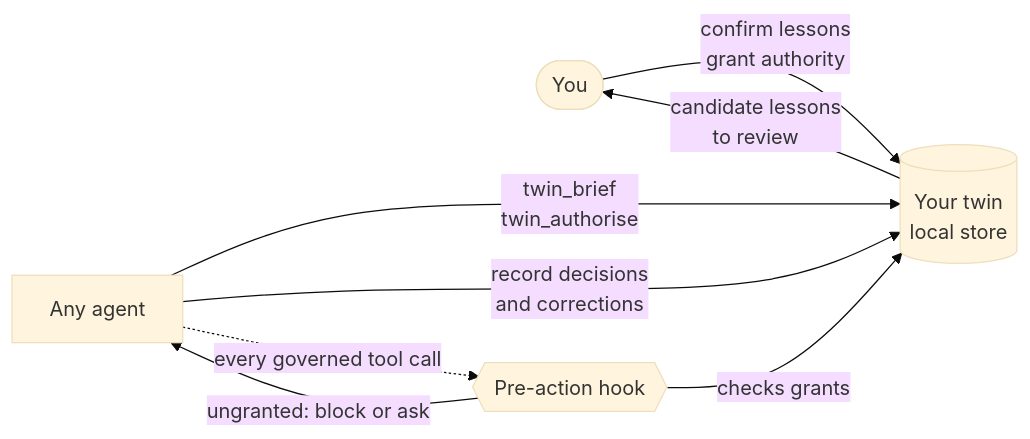
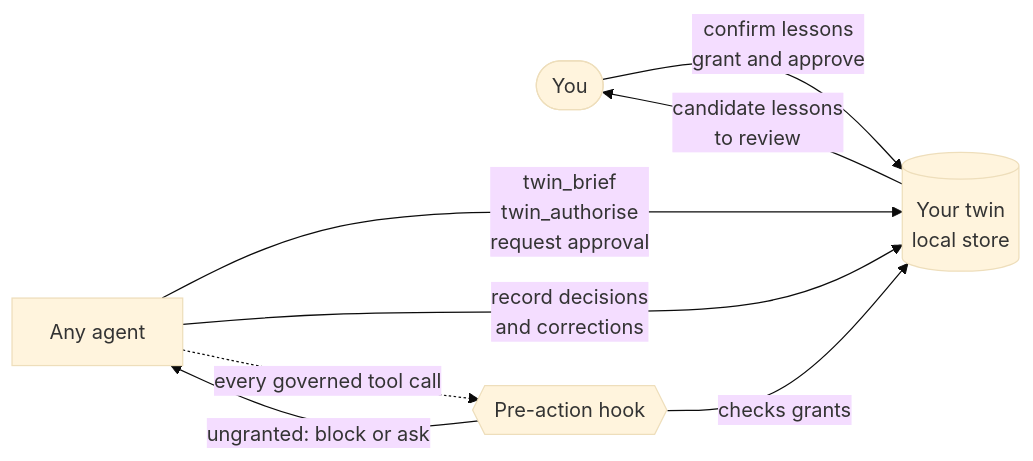
One commit to GitDakky/twin-me-up changed the diagram in README.md. Above: the diagram before and after it, drawn with Mermaid (base theme). The commit also changed other lines of this file and 9 other files, not shown here.

````diff
--- a/README.md
+++ b/README.md
@@ -152,14 +157,14 @@
 ```mermaid
 flowchart LR
     you([You])
     twin[("Your twin<br/>local store")]
     agent["Any agent"]
     hook{{"Pre-action hook"}}
-    you -- "confirm lessons<br/>grant authority" --> twin
+    you -- "confirm lessons<br/>grant and approve" --> twin
     twin -- "candidate lessons<br/>to review" --> you
-    agent -- "twin_brief<br/>twin_authorise" --> twin
+    agent -- "twin_brief<br/>twin_authorise<br/>request approval" --> twin
     agent -- "record decisions<br/>and corrections" --> twin
     agent -. "every governed tool call" .-> hook
     hook -- "ungranted: block or ask" --> agent
     hook -- "checks grants" --> twin
 ```
````
